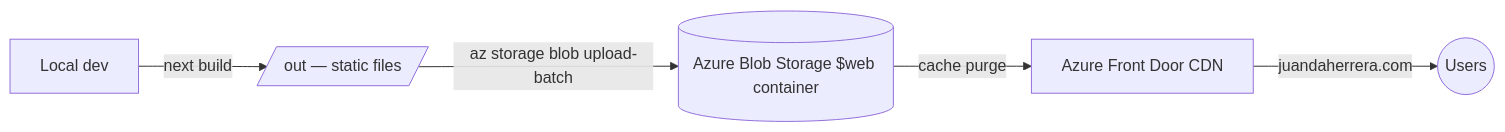
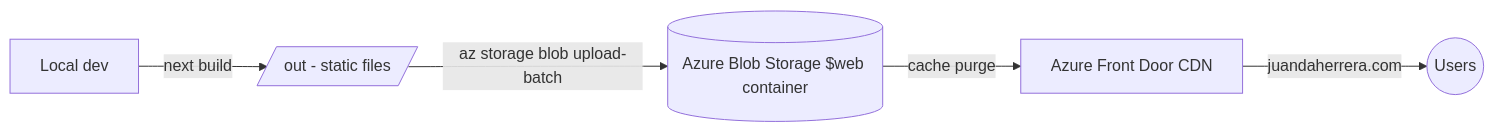
One commit to juandaherrera/personal-web-v2 changed the diagram in README.md. Above: the diagram before and after it, drawn with Mermaid. The commit also changed other lines of this file and 5 other files, not shown here.

````diff
--- a/README.md
+++ b/README.md
@@ -74,7 +74,7 @@
 ```mermaid
 flowchart LR
-    A[Local dev] -->|next build| B[/out — static files/]
+    A[Local dev] -->|next build| B[/out - static files/]
     B -->|az storage blob upload-batch| C[(Azure Blob Storage $web container)]
     C -->|cache purge| D[Azure Front Door CDN]
     D -->|juandaherrera.com| E((Users))
 ```
````
